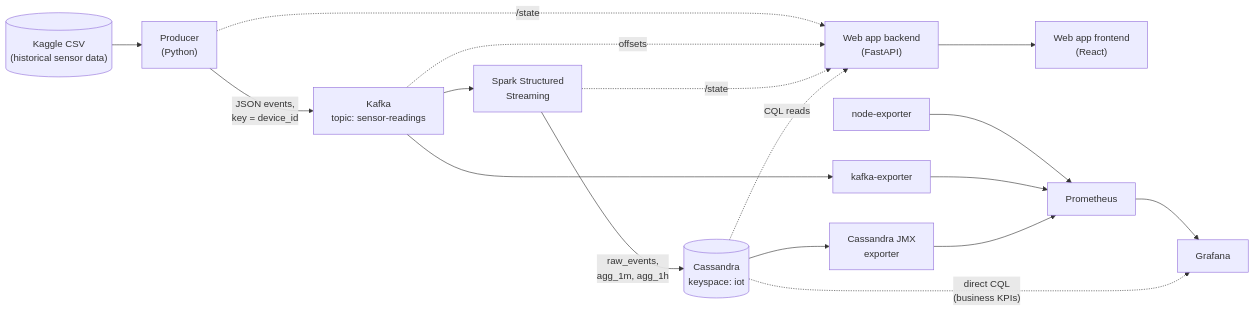
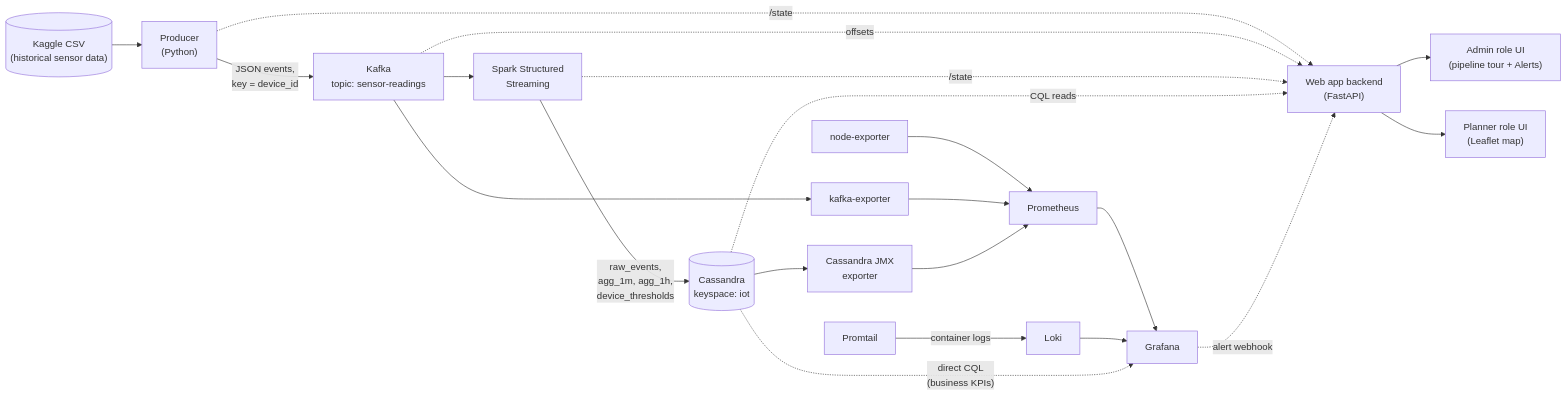
The diagram in docs/ARCHITECTURE.md (jklaverde/iu_project_data_engineering), drawn with Mermaid before and after one commit. The commit also changed other lines of this file and 42 other files, not shown here.

````diff
--- a/docs/ARCHITECTURE.md
+++ b/docs/ARCHITECTURE.md
@@ -23,19 +28,23 @@
 ```mermaid
 flowchart LR
     CSV[("Kaggle CSV\n(historical sensor data)")] --> P["Producer\n(Python)"]
     P -->|"JSON events,\nkey = device_id"| K["Kafka\ntopic: sensor-readings"]
     K --> S["Spark Structured\nStreaming"]
-    S -->|"raw_events,\nagg_1m, agg_1h"| C[("Cassandra\nkeyspace: iot")]
+    S -->|"raw_events,\nagg_1m, agg_1h,\ndevice_thresholds"| C[("Cassandra\nkeyspace: iot")]
     P -.->|"/state"| B["Web app backend\n(FastAPI)"]
     K -.->|"offsets"| B
     S -.->|"/state"| B
     C -.->|"CQL reads"| B
-    B --> F["Web app frontend\n(React)"]
+    B --> FA["Admin role UI\n(pipeline tour + Alerts)"]
+    B --> FP["Planner role UI\n(Leaflet map)"]
     K --> KE["kafka-exporter"]
     C --> CJ["Cassandra JMX\nexporter"]
     NE["node-exporter"] --> PR
     KE --> PR["Prometheus"]
     CJ --> PR
+    PT["Promtail"] -->|"container logs"| L["Loki"]
     PR --> G["Grafana"]
+    L --> G
     C -.->|"direct CQL\n(business KPIs)"| G
+    G -.->|"alert webhook"| B
 ```
````
